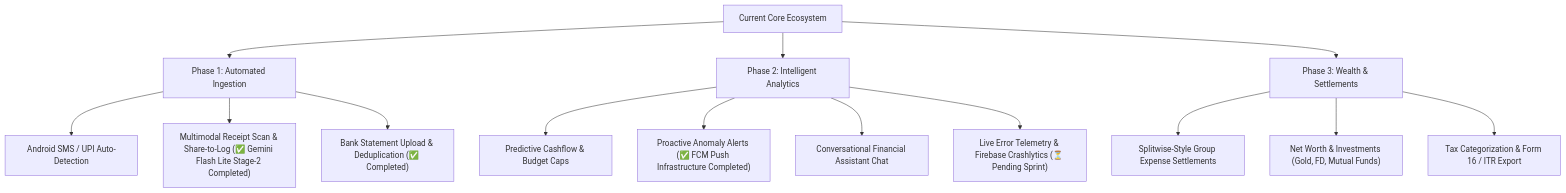
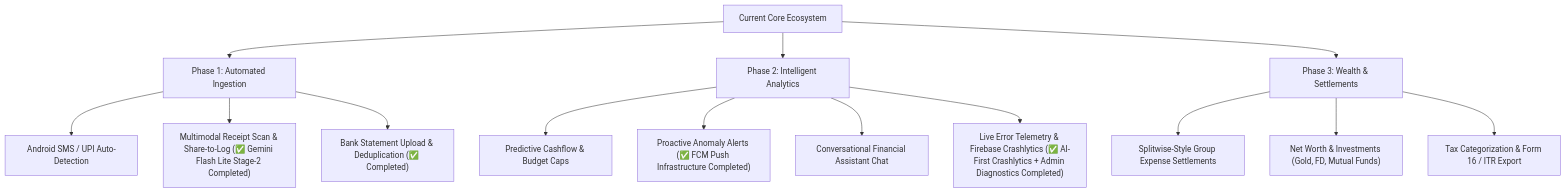
Before and after one commit to abhilashmamminiyan/manikutti-hub: the diagram in docs/UPGRADE_ROADMAP.md, drawn with Mermaid. The commit also changed other lines of this file and 3 other files, not shown here.

Commit message:
docs(telemetry): document R8 crash fix, Crashlytics, and add AI crash reader

````diff
--- a/docs/UPGRADE_ROADMAP.md
+++ b/docs/UPGRADE_ROADMAP.md
@@ -12,19 +12,19 @@
 ```mermaid
 flowchart TD
     A["Current Core Ecosystem"] --> B["Phase 1: Automated Ingestion"]
     A --> C["Phase 2: Intelligent Analytics"]
     A --> D["Phase 3: Wealth & Settlements"]
 
     B --> B1["Android SMS / UPI Auto-Detection"]
     B --> B3["Multimodal Receipt Scan & Share-to-Log (✅ Gemini Flash Lite Stage-2 Completed)"]
     B --> B4["Bank Statement Upload & Deduplication (✅ Completed)"]
 
     C --> C1["Predictive Cashflow & Budget Caps"]
     C --> C2["Proactive Anomaly Alerts (✅ FCM Push Infrastructure Completed)"]
     C --> C3["Conversational Financial Assistant Chat"]
-    C --> C4["Live Error Telemetry & Firebase Crashlytics (⏳ Pending Sprint)"]
+    C --> C4["Live Error Telemetry & Firebase Crashlytics (✅ AI-First Crashlytics + Admin Diagnostics Completed)"]
 
     D --> D1["Splitwise-Style Group Expense Settlements"]
     D --> D2["Net Worth & Investments (Gold, FD, Mutual Funds)"]
     D --> D3["Tax Categorization & Form 16 / ITR Export"]
 ```
````
